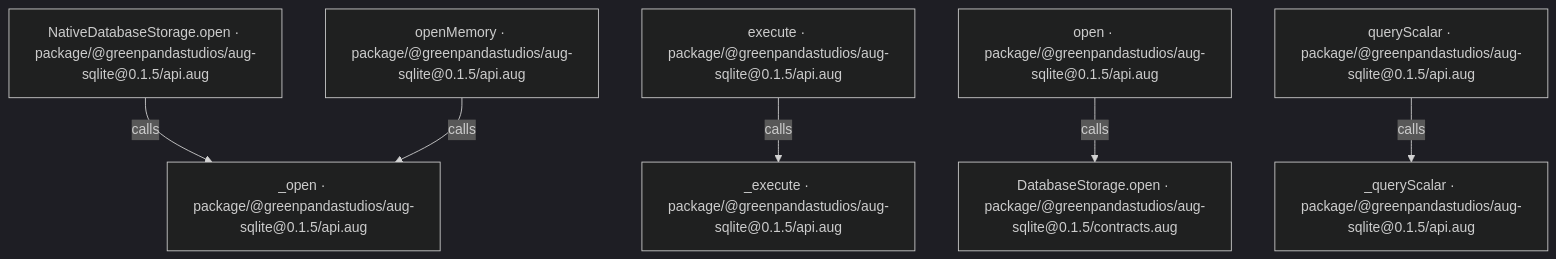
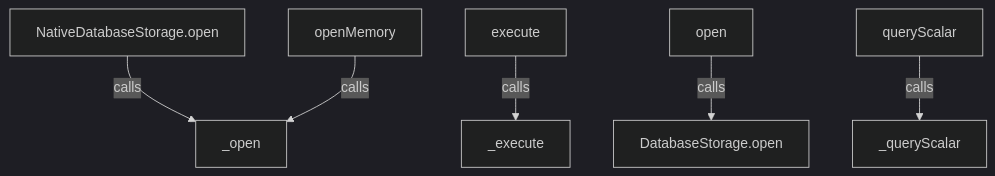
One commit to GreenPandaStudios/augscript changed the second of 7 diagrams in docs/examples/native-sqlite/dependencies/packages/@greenpandastudios/aug-sqlite/0.1.5/api-diagrams.md. Above: the diagram before and after it, drawn with Mermaid (dark theme). The commit also changed other lines of this file and 524 other files, not shown here.

Commit message:
Explain checked data flow at folder and service levels

````diff
--- a/docs/examples/native-sqlite/dependencies/packages/@greenpandastudios/aug-sqlite/0.1.5/api-diagrams.md
+++ b/docs/examples/native-sqlite/dependencies/packages/@greenpandastudios/aug-sqlite/0.1.5/api-diagrams.md
@@ -33,17 +33,17 @@
 ```mermaid
 flowchart TD
-    n0["NativeDatabaseStorage.open · package/@greenpandastudios/aug-sqlite@0.1.5/api.aug"]
-    n1["_execute · package/@greenpandastudios/aug-sqlite@0.1.5/api.aug"]
-    n2["_open · package/@greenpandastudios/aug-sqlite@0.1.5/api.aug"]
-    n3["_queryScalar · package/@greenpandastudios/aug-sqlite@0.1.5/api.aug"]
-    n4["execute · package/@greenpandastudios/aug-sqlite@0.1.5/api.aug"]
-    n5["open · package/@greenpandastudios/aug-sqlite@0.1.5/api.aug"]
-    n6["openMemory · package/@greenpandastudios/aug-sqlite@0.1.5/api.aug"]
-    n7["queryScalar · package/@greenpandastudios/aug-sqlite@0.1.5/api.aug"]
-    n8["DatabaseStorage.open · package/@greenpandastudios/aug-sqlite@0.1.5/contracts.aug"]
+    n0["NativeDatabaseStorage.open"]
+    n1["_execute"]
+    n2["_open"]
+    n3["_queryScalar"]
+    n4["execute"]
+    n5["open"]
+    n6["openMemory"]
+    n7["queryScalar"]
+    n8["DatabaseStorage.open"]
     n0 -->|"calls"| n2
     n4 -->|"calls"| n1
     n5 -->|"calls"| n8
     n6 -->|"calls"| n2
     n7 -->|"calls"| n3
 ```
````
